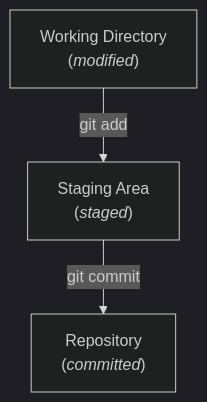
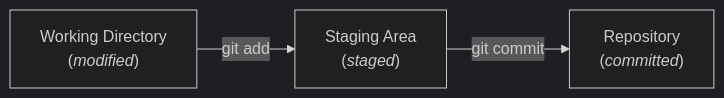
One commit to P3-MINI/csharp-site changed the first of 11 diagrams in content/labs/lab01/index.en.md. Above: the diagram before and after it, drawn with Mermaid (dark theme). The commit also changed other lines of this file and 2 other files, not shown here.

Commit message:
Merge git tutorial first part

````diff
--- a/content/labs/lab01/index.en.md
+++ b/content/labs/lab01/index.en.md
@@ -43,9 +44,5 @@
 ```mermaid
-flowchart TD
-    WD["Working Directory<br/>(<i>modified</i>)"]
-    SA["Staging Area<br/>(<i>staged</i>)"]
-    REPO["Repository<br/>(<i>committed</i>)"]
-
-    WD -->|git add| SA
-    SA -->|git commit| REPO
+flowchart LR
+    WD["Working Directory<br/>(<i>modified</i>)"] -->|git add| SA["Staging Area<br/>(<i>staged</i>)"]
+    SA -->|git commit| REPO["Repository<br/>(<i>committed</i>)"]
 ```
````
